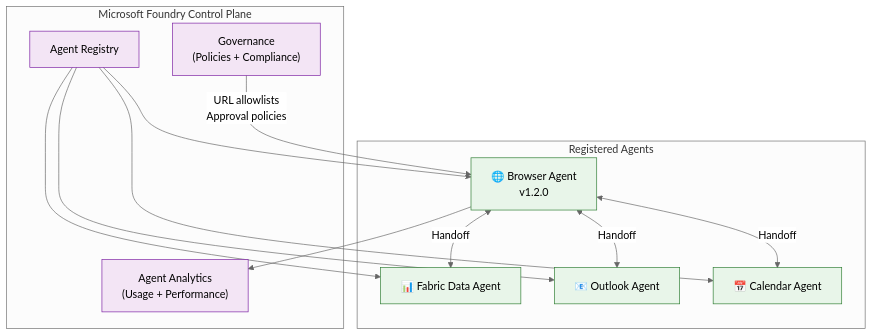
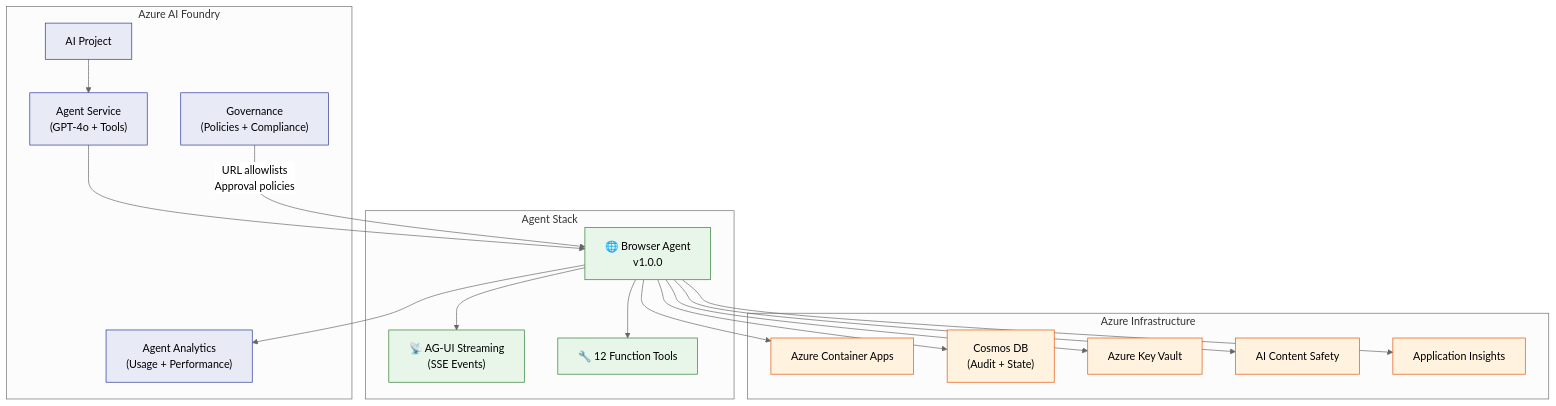
The fifth of 5 diagrams in agents.md (yjcmsft/Secure-Enterprise-Browser-Agentic-System), drawn with Mermaid (neutral theme) before and after one commit. The commit also changed other lines of this file and 16 other files, not shown here.

````diff
--- a/agents.md
+++ b/agents.md
@@ -355,31 +358,44 @@
 ```mermaid
 flowchart TB
-    subgraph Foundry["Microsoft Foundry Control Plane"]
-        Registry["Agent Registry"]
+    subgraph Foundry["Azure AI Foundry"]
+        Project["AI Project"]
+        AgentService["Agent Service\n(GPT-4o + Tools)"]
         Governance["Governance\n(Policies + Compliance)"]
         Analytics["Agent Analytics\n(Usage + Performance)"]
     end
 
-    subgraph Agents["Registered Agents"]
-        Browser["🌐 Browser Agent\nv1.2.0"]
-        Data["📊 Fabric Data Agent"]
-        Email["📧 Outlook Agent"]
-        Calendar["📅 Calendar Agent"]
+    subgraph AgentStack["Agent Stack"]
+        Browser["🌐 Browser Agent\nv1.0.0"]
+        AGUI["📡 AG-UI Streaming\n(SSE Events)"]
+        Skills["🔧 12 Function Tools"]
     end
 
-    Registry --> Browser
-    Registry --> Data
-    Registry --> Email
-    Registry --> Calendar
+    subgraph Infra["Azure Infrastructure"]
+        ContainerApps["Azure Container Apps"]
+        CosmosDB["Cosmos DB\n(Audit + State)"]
+        KeyVault["Azure Key Vault"]
+        ContentSafety["AI Content Safety"]
+        AppInsights["Application Insights"]
+    end
+
+    Project --> AgentService
+    AgentService --> Browser
+    Browser --> AGUI
+    Browser --> Skills
     Governance -->|"URL allowlists\nApproval policies"| Browser
-    Browser <-->|"Handoff"| Data
-    Browser <-->|"Handoff"| Email
-    Browser <-->|"Handoff"| Calendar
     Browser --> Analytics
 
-    classDef foundry fill:#F3E5F5,stroke:#7B1FA2
+    Browser --> ContainerApps
+    Browser --> CosmosDB
+    Browser --> KeyVault
+    Browser --> ContentSafety
+    Browser --> AppInsights
+
+    classDef foundry fill:#E8EAF6,stroke:#283593
     classDef agent fill:#E8F5E9,stroke:#2E7D32
+    classDef infra fill:#FFF3E0,stroke:#E65100
 
-    class Registry,Governance,Analytics foundry
-    class Browser,Data,Email,Calendar agent
+    class Project,AgentService,Governance,Analytics foundry
+    class Browser,AGUI,Skills agent
+    class ContainerApps,CosmosDB,KeyVault,ContentSafety,AppInsights infra
 ```
````
